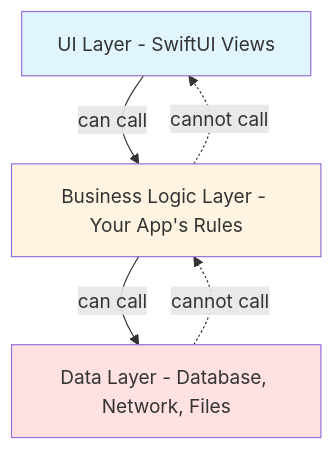
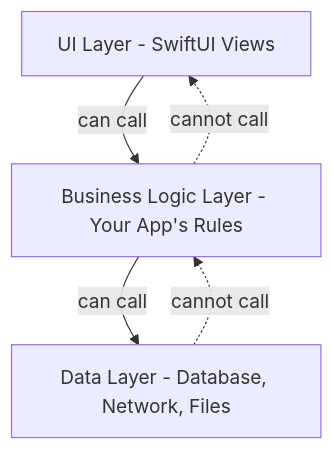
One commit to Zhabonchik/public-obsidian-vault-java-concurrency changed the first of 5 diagrams in content/Swift/MVVM + Clean.md. Above: the diagram before and after it, drawn with Mermaid. The commit also changed other lines of this file, not shown here.

````diff
--- a/content/Swift/MVVM + Clean.md
+++ b/content/Swift/MVVM + Clean.md
@@ -26,15 +26,11 @@
 ```mermaid
 graph TB
     UI[UI Layer - SwiftUI Views]
     BL[Business Logic Layer - Your App's Rules]
     DATA[Data Layer - Database, Network, Files]
     
     UI -->|can call| BL
     BL -->|can call| DATA
     DATA -.->|cannot call| BL
     BL -.->|cannot call| UI
-    
-    style UI fill:#e1f5ff
-    style BL fill:#fff4e1
-    style DATA fill:#ffe1e1
 ```
````
